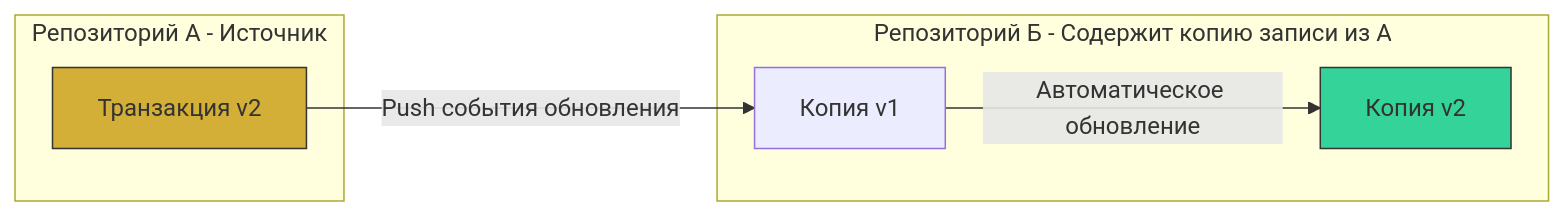
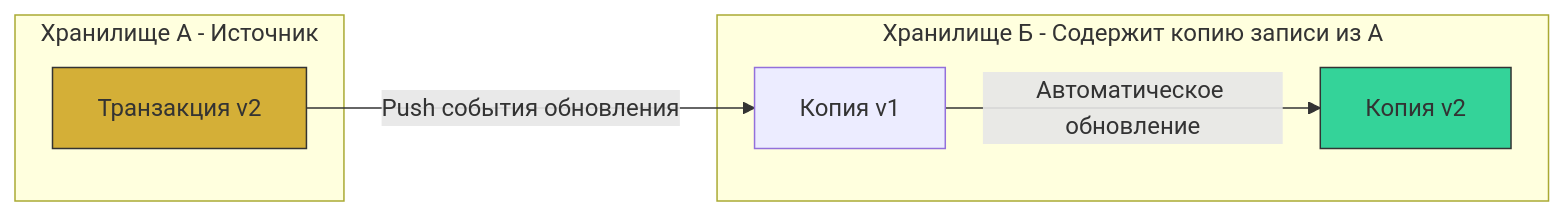
Diagram 16 of 51 in shared_docs/Технический документ платформы Турбаза.md (Data-Independence-Network/presentations), drawn with Mermaid before and after one commit. The commit also changed other lines of this file and 8 other files, not shown here.

````diff
--- a/shared_docs/Технический документ платформы Турбаза.md
+++ b/shared_docs/Технический документ платформы Турбаза.md
@@ -401,17 +401,17 @@
 ```mermaid
 graph LR
-    subgraph RepoA [Репозиторий А - Источник]
+    subgraph RepoA [Хранилище А - Источник]
         LogA[Транзакция v2]
     end
     
-    subgraph RepoB [Репозиторий Б - Содержит копию записи из А]
+    subgraph RepoB [Хранилище Б - Содержит копию записи из А]
         CacheB[Копия v1]
         CacheB_New[Копия v2]
     end
     
     LogA -- Push события обновления --> CacheB
     CacheB -- Автоматическое обновление --> CacheB_New
     
     style LogA fill:#D4AF37,stroke:#333
     style CacheB_New fill:#34D399,stroke:#333
 ```
````
